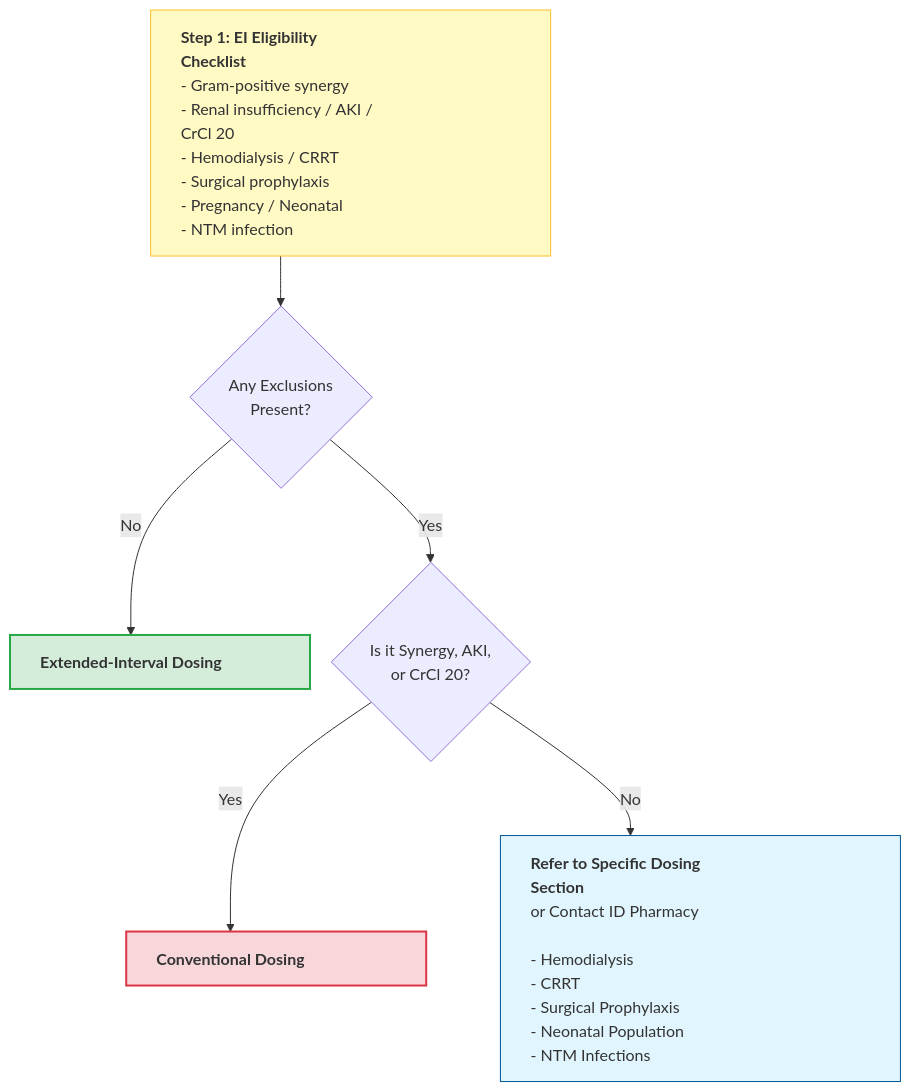
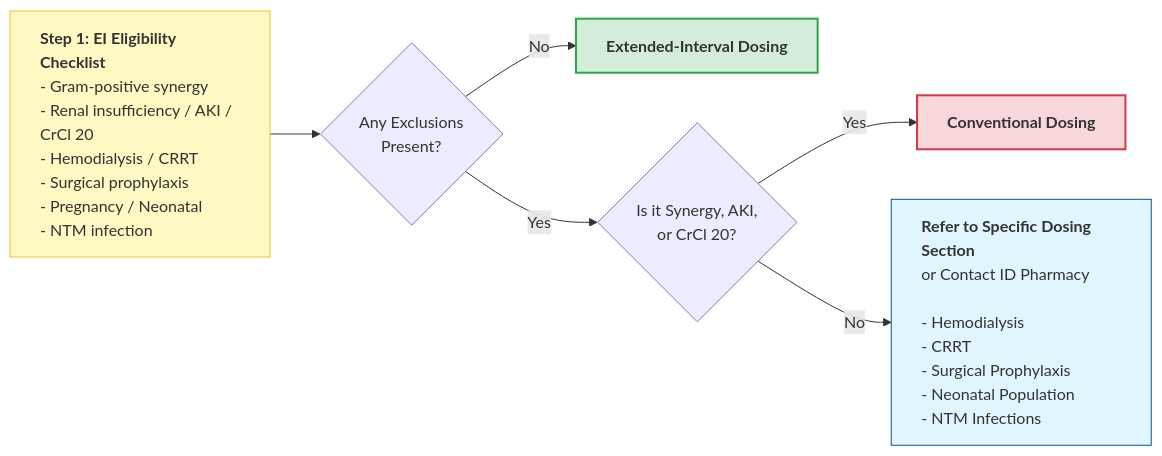
Before and after one commit to shemtsai/Aminoglycoside-Calculator: the diagram in dosing-strategy.md, drawn with Mermaid.

Commit message:
Update EI Dosing Algorithm flowchart layout

````diff
--- a/dosing-strategy.md
+++ b/dosing-strategy.md
@@ -40,28 +40,33 @@
 ```mermaid
-flowchart TD
-    %% Step 1: Checklist
-    Start[<b>Step 1: EI Eligibility Checklist</b><br/>- Gram-positive synergy<br/>- Renal insufficiency / AKI / CrCl 20<br/>- Hemodialysis / CRRT<br/>- Surgical prophylaxis<br/>- Pregnancy / Neonatal<br/>- NTM infection] --> B{Any Exclusions<br/>Present?}
+flowchart LR
+    %% Main Checklist
+    Start[<b>Step 1: EI Eligibility Checklist</b><br/>- Gram-positive synergy<br/>- Renal insufficiency / AKI / CrCl 20<br/>- Hemodialysis / CRRT<br/>- Surgical prophylaxis<br/>- Pregnancy / Neonatal<br/>- NTM infection] 
     
-    %% Step 2: Outcomes
-    B -- "No" --> EI[<b>Extended-Interval Dosing</b>]
-    B -- "Yes" --> C{Is it Synergy, AKI,<br/>or CrCl 20?}
+    %% First Decision
+    Start --> B{Any Exclusions<br/>Present?}
     
-    C -- "Yes" --> Conv[<b>Conventional Dosing</b>]
+    %% Success Path
+    B -- No --> EI[<b>Extended-Interval Dosing</b>]
 
-    %% Step 3: Referral
-    C -- "No" --> D[<b>Refer to Specific Dosing Section</b><br/>or Contact ID Pharmacy<br/><br/>- Hemodialysis<br/>- CRRT<br/>- Surgical Prophylaxis<br/>- Neonatal Population<br/>- NTM Infections]
+    %% Second Decision
+    B -- Yes --> C{Is it Synergy, AKI,<br/>or CrCl 20?}
+    
+    %% Outcomes
+    C -- Yes --> Conv[<b>Conventional Dosing</b>]
+    
+    C -- No --> D[<b>Refer to Specific Dosing Section</b><br/>or Contact ID Pharmacy<br/><br/>- Hemodialysis<br/>- CRRT<br/>- Surgical Prophylaxis<br/>- Neonatal Population<br/>- NTM Infections]
 
     %% STYLING SECTION
-    %% This 'class' approach is the most stable way to force width
-    classDef wideBox width:400px,text-align:left;
-    classDef outcomeBox width:300px,text-align:center;
+    %% Using min-width ensures the boxes feel substantial and horizontal
+    classDef wideBox min-width:350px,text-align:left;
+    classDef outcomeBox min-width:250px,text-align:center;
 
     class Start,D wideBox;
     class EI,Conv outcomeBox;
 
     %% Individual Colors
     style Start fill:#fff9c4,stroke:#fbc02d
     style EI fill:#d4edda,stroke:#28a745,stroke-width:2px
     style Conv fill:#f8d7da,stroke:#dc3545,stroke-width:2px
     style D fill:#e1f5fe,stroke:#01579b
 ```
````
